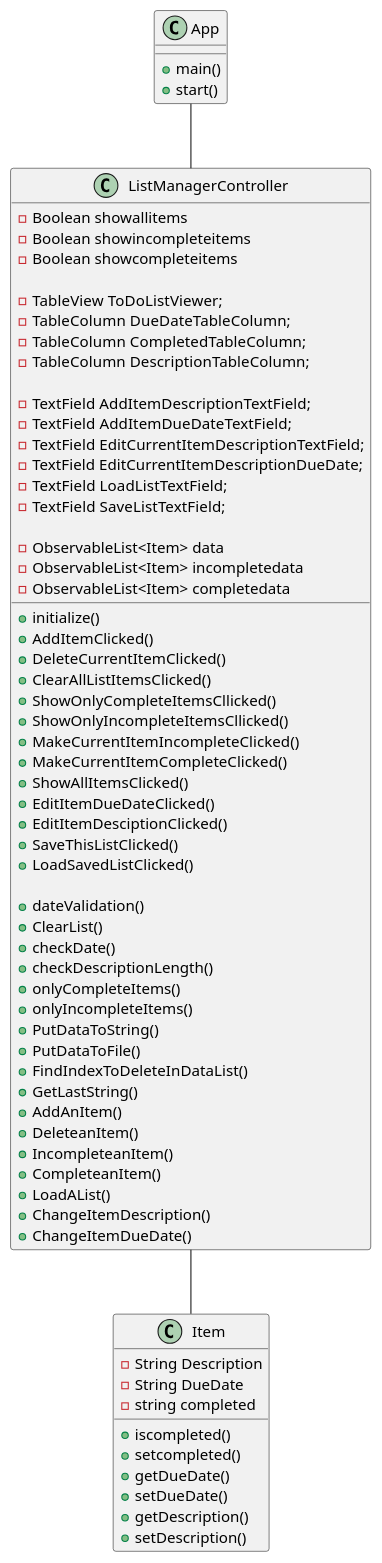
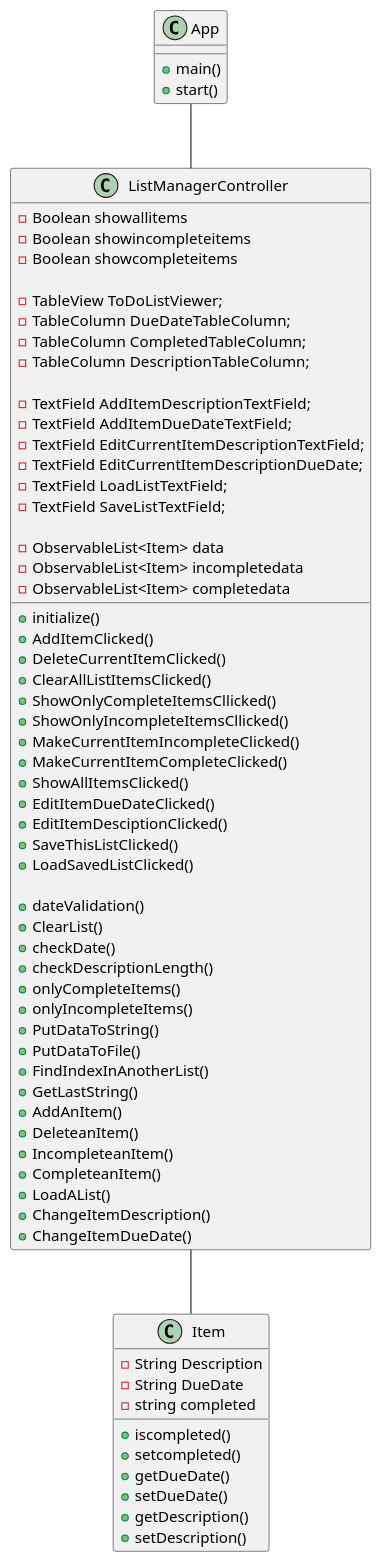
One commit to Awesome-wolf-101/ashby-cop3330-assignment4part2 changed the diagram in uml/Application.puml. Above: the diagram before and after it, drawn with PlantUML. The commit also changed 8 other files, not shown here.

```diff
--- a/uml/Application.puml
+++ b/uml/Application.puml
@@ -1,82 +1,82 @@
 @startuml
 'https://plantuml.com/sequence-diagram
 
 class App{
 
 +main()
 +start()
 }
 
 class Item{
     - String Description
     - String DueDate
     - string completed
 
     +iscompleted()
     +setcompleted()
     +getDueDate()
     +setDueDate()
     +getDescription()
     +setDescription()
 
 }
 
 class ListManagerController{
     -Boolean showallitems
     -Boolean showincompleteitems
     -Boolean showcompleteitems
 
     - TableView ToDoListViewer;
     - TableColumn DueDateTableColumn;
     - TableColumn CompletedTableColumn;
     - TableColumn DescriptionTableColumn;
 
     - TextField AddItemDescriptionTextField;
     - TextField AddItemDueDateTextField;
     - TextField EditCurrentItemDescriptionTextField;
     - TextField EditCurrentItemDescriptionDueDate;
     - TextField LoadListTextField;
     - TextField SaveListTextField;
 
     -ObservableList<Item> data
     -ObservableList<Item> incompletedata
     -ObservableList<Item> completedata
 
     +initialize()
     +AddItemClicked()
     +DeleteCurrentItemClicked()
     +ClearAllListItemsClicked()
     +ShowOnlyCompleteItemsCllicked()
     +ShowOnlyIncompleteItemsCllicked()
     +MakeCurrentItemIncompleteClicked()
     +MakeCurrentItemCompleteClicked()
     +ShowAllItemsClicked()
     +EditItemDueDateClicked()
     +EditItemDesciptionClicked()
     +SaveThisListClicked()
     +LoadSavedListClicked()
 
     +dateValidation()
     +ClearList()
     +checkDate()
     +checkDescriptionLength()
     +onlyCompleteItems()
     +onlyIncompleteItems()
     +PutDataToString()
     +PutDataToFile()
-    +FindIndexToDeleteInDataList()
+    +FindIndexInAnotherList()
     +GetLastString()
     +AddAnItem()
     +DeleteanItem()
     +IncompleteanItem()
     +CompleteanItem()
     +LoadAList()
     +ChangeItemDescription()
     +ChangeItemDueDate()
 }
 
 
 
 App -- ListManagerController
 ListManagerController -- Item
 @enduml
```
